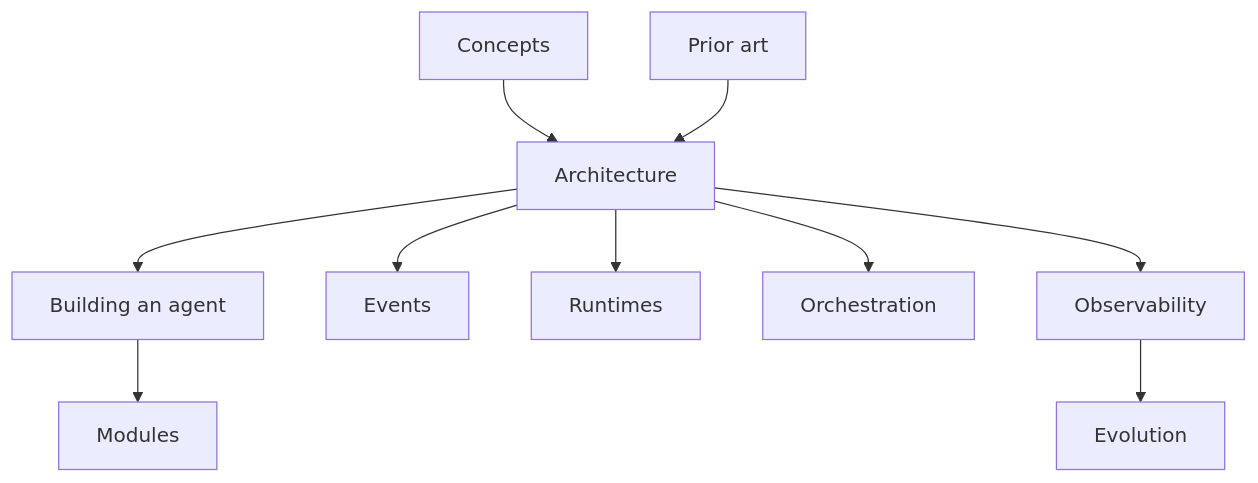
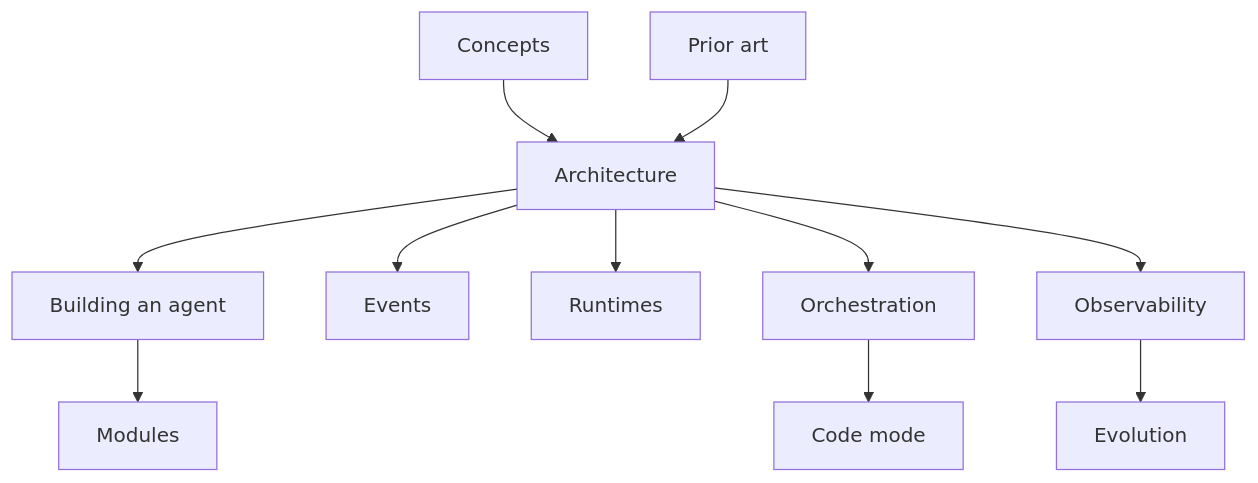
Before and after one commit to clavia-labs/tardigrade: the diagram in docs/README.md, drawn with Mermaid. The commit also changed other lines of this file and 28 other files, not shown here.

First line of the commit message:
feat(codemode): optional code mode package and a prose gate

````diff
--- a/docs/README.md
+++ b/docs/README.md
@@ -7,12 +7,13 @@
 ```mermaid
 flowchart TD
   C[Concepts] --> A[Architecture]
   A --> B[Building an agent]
   B --> M[Modules]
   A --> E[Events]
   A --> R[Runtimes]
   A --> Or[Orchestration]
+  Or --> Cm[Code mode]
   A --> O[Observability]
   O --> V[Evolution]
   P[Prior art] --> A
 ```
````
